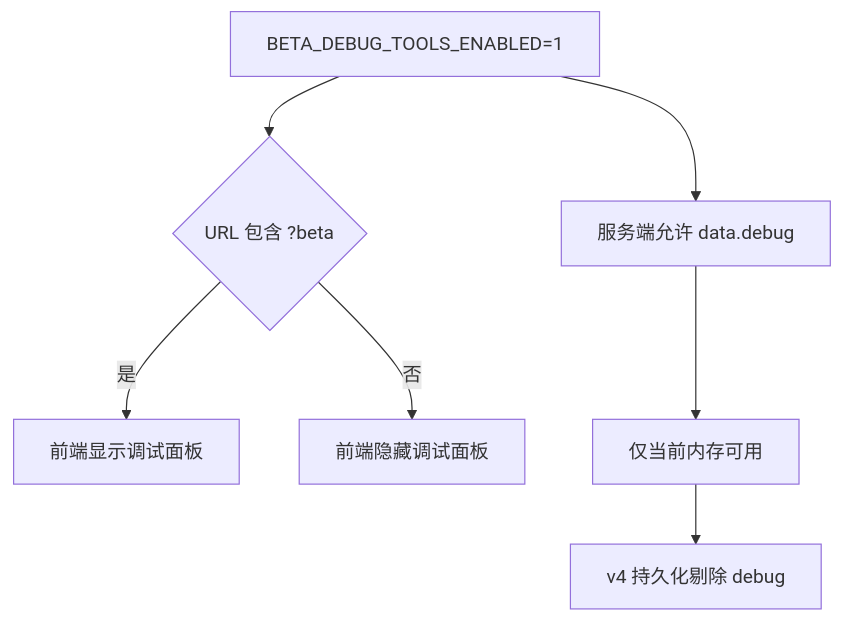
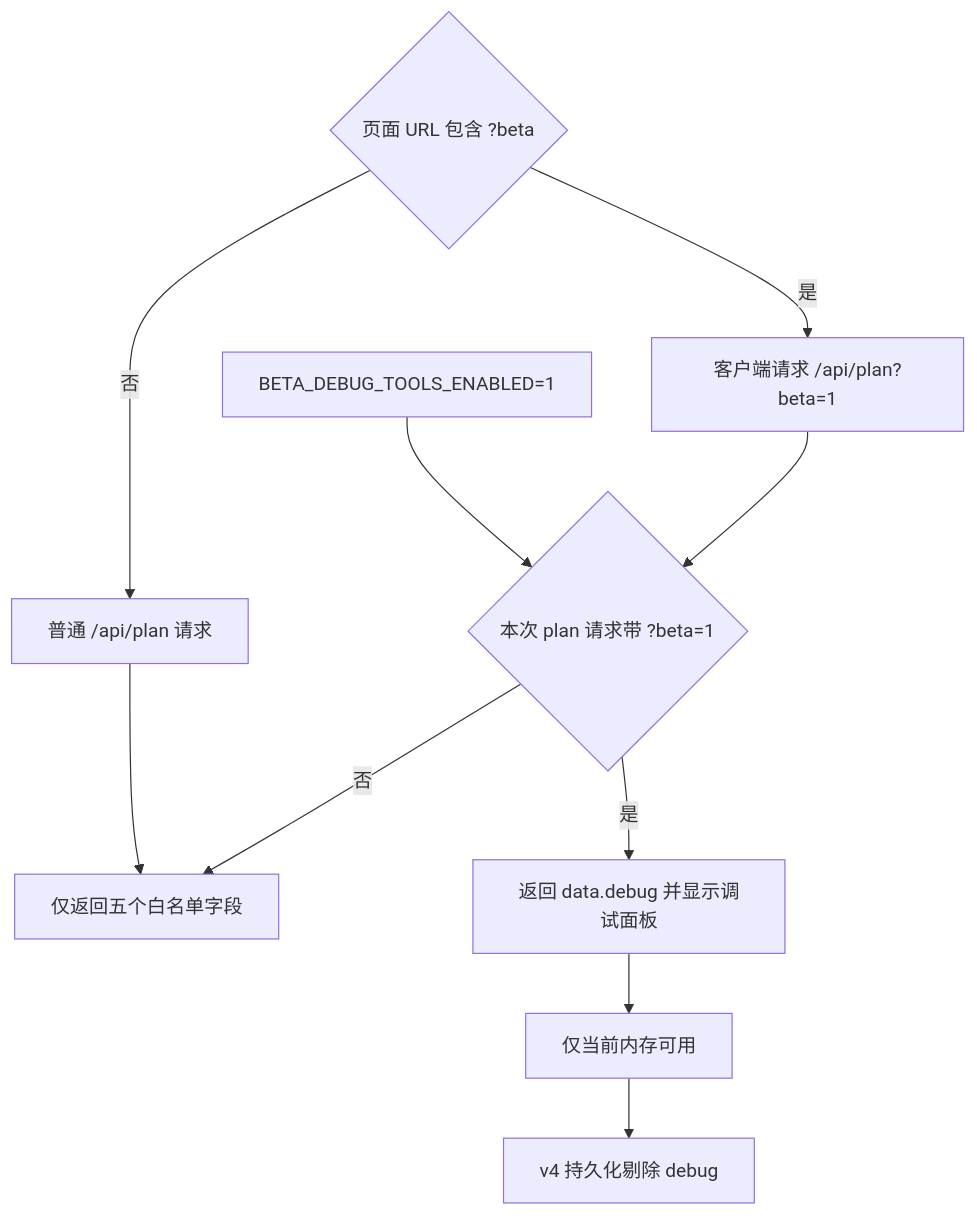
Before and after one commit to LanceKrager233/ArknightsInfraCalc-v2_beta_test_frontend: the second of 4 diagrams in docs/FRONTEND_PRODUCTION_READINESS_REPORT.md, drawn with Mermaid. The commit also changed other lines of this file and 2 other files, not shown here.

Commit message:
docs: clarify request-scoped debug responses

````diff
--- a/docs/FRONTEND_PRODUCTION_READINESS_REPORT.md
+++ b/docs/FRONTEND_PRODUCTION_READINESS_REPORT.md
@@ -98,9 +98,12 @@
 ```mermaid
 flowchart TD
-  E["BETA_DEBUG_TOOLS_ENABLED=1"] --> G{"URL 包含 ?beta"}
-  E --> D["服务端允许 data.debug"]
-  G -->|"是"| P["前端显示调试面板"]
-  G -->|"否"| H["前端隐藏调试面板"]
-  D --> V["仅当前内存可用"]
+  E["BETA_DEBUG_TOOLS_ENABLED=1"] --> D{"本次 plan 请求带 ?beta=1"}
+  U{"页面 URL 包含 ?beta"} -->|"是"| Q["客户端请求 /api/plan?beta=1"]
+  U -->|"否"| H["普通 /api/plan 请求"]
+  Q --> D
+  H --> N["仅返回五个白名单字段"]
+  D -->|"是"| P["返回 data.debug 并显示调试面板"]
+  D -->|"否"| N
+  P --> V["仅当前内存可用"]
   V --> X["v4 持久化剔除 debug"]
 ```
````
